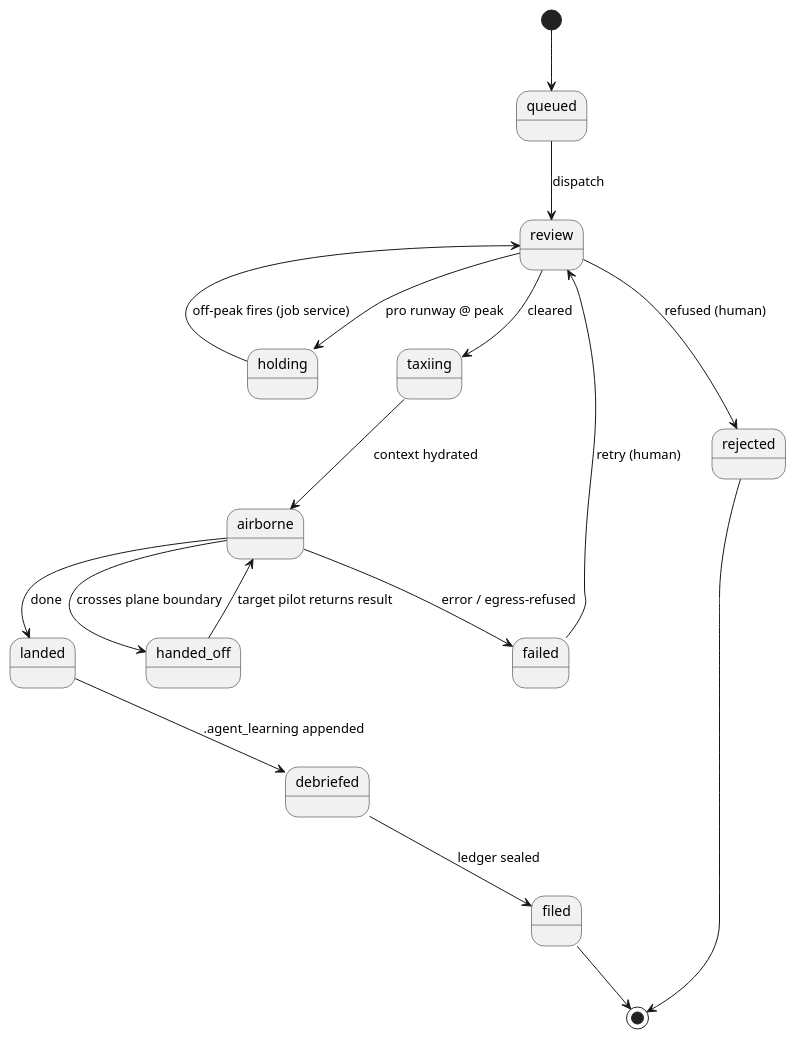
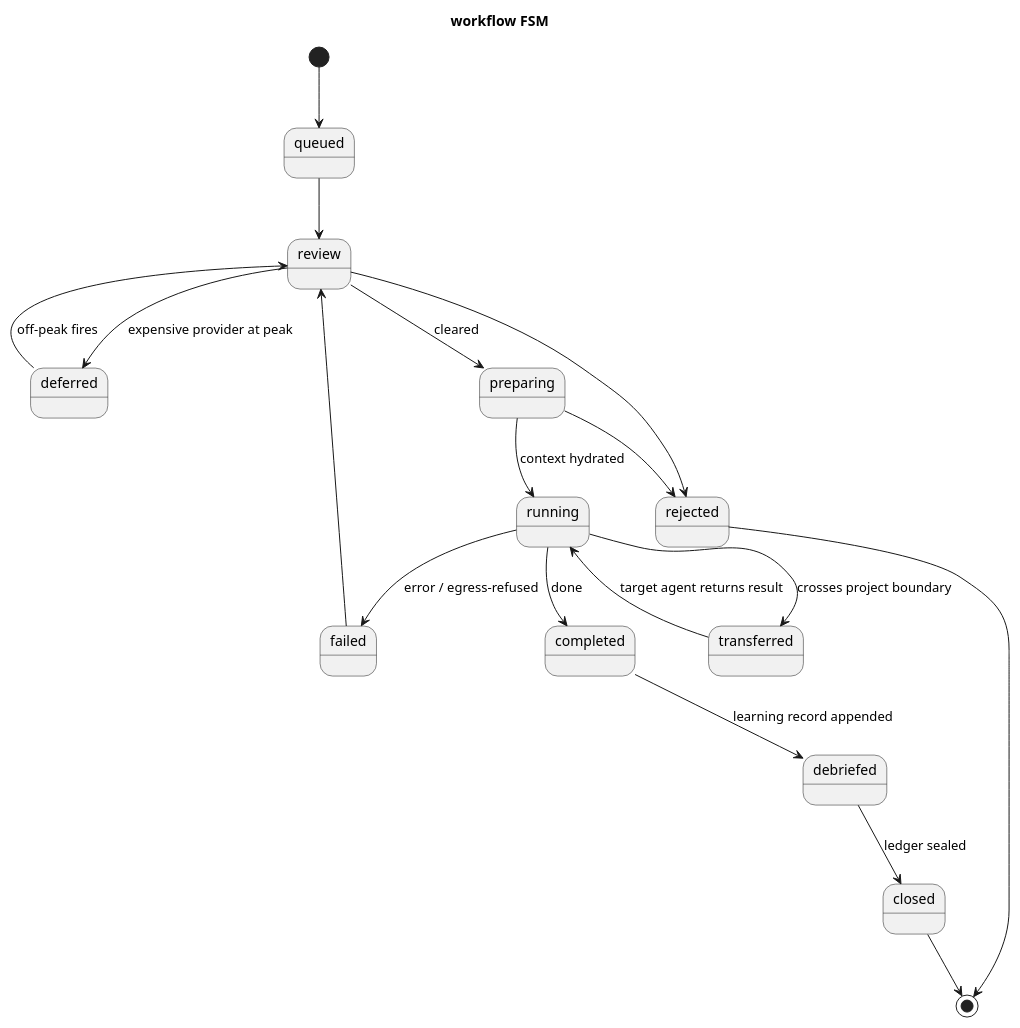
One commit to Wadek/frontier-platform changed the diagram in control/docs/architecture/fsm.puml. Above: the diagram before and after it, drawn with PlantUML. The commit also changed 115 other files, not shown here.

```diff
--- a/control/docs/architecture/fsm.puml
+++ b/control/docs/architecture/fsm.puml
@@ -1,18 +1,21 @@
 @startuml
+title workflow FSM
+
 [*] --> queued
-queued --> review : dispatch
-review --> holding : pro runway @ peak
-holding --> review : off-peak fires (job service)
-review --> taxiing : cleared
-review --> rejected : refused (human)
+queued --> review
+review --> deferred : expensive provider at peak
+deferred --> review : off-peak fires
+review --> preparing : cleared
+review --> rejected
+preparing --> running : context hydrated
+preparing --> rejected
+running --> transferred : crosses project boundary
+transferred --> running : target agent returns result
+running --> completed : done
+running --> failed : error / egress-refused
+failed --> review
+completed --> debriefed : learning record appended
+debriefed --> closed : ledger sealed
+closed --> [*]
 rejected --> [*]
-taxiing --> airborne : context hydrated
-airborne --> handed_off : crosses plane boundary
-handed_off --> airborne : target pilot returns result
-airborne --> landed : done
-airborne --> failed : error / egress-refused
-failed --> review : retry (human)
-landed --> debriefed : .agent_learning appended
-debriefed --> filed : ledger sealed
-filed --> [*]
 @enduml
```
